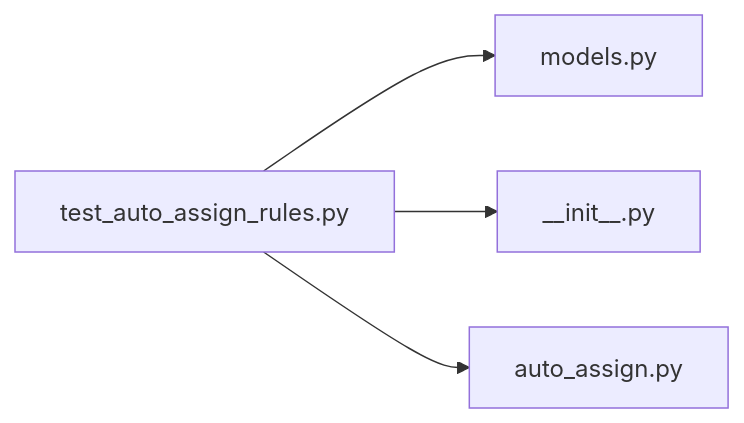
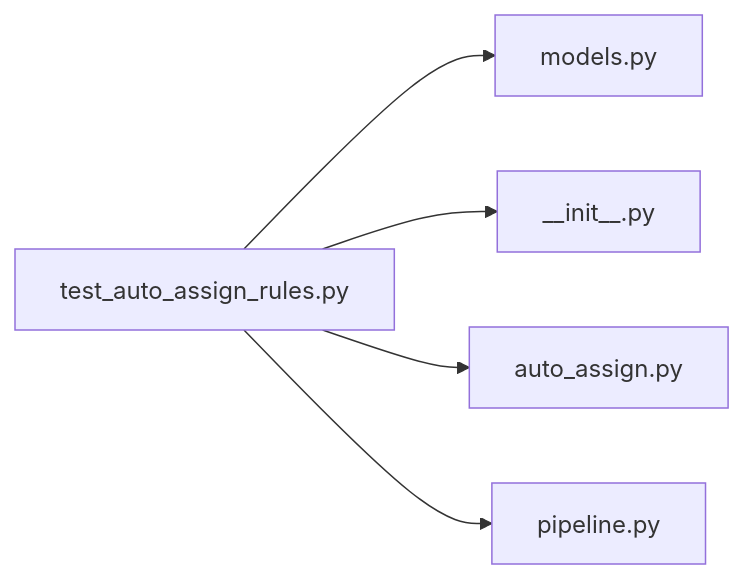
One commit to minkong-dev/Banblit changed the diagram in .cluedoc/graph/backend/tests/unit/test_auto_assign_rules.md. Above: the diagram before and after it, drawn with Mermaid. The commit also changed other lines of this file and 28 other files, not shown here.

````diff
--- a/.cluedoc/graph/backend/tests/unit/test_auto_assign_rules.md
+++ b/.cluedoc/graph/backend/tests/unit/test_auto_assign_rules.md
@@ -10,7 +10,8 @@
 ```mermaid
 flowchart LR
   backend_tests_unit_test_auto_assign_rules["test_auto_assign_rules.py"]
   backend_tests_unit_test_auto_assign_rules --> backend_src_backend_db_models["models.py"]
   backend_tests_unit_test_auto_assign_rules --> backend_src_backend_jobs___init__["__init__.py"]
   backend_tests_unit_test_auto_assign_rules --> backend_src_backend_jobs_auto_assign["auto_assign.py"]
+  backend_tests_unit_test_auto_assign_rules --> backend_src_backend_services_period_pipeline["pipeline.py"]
 ```
````
